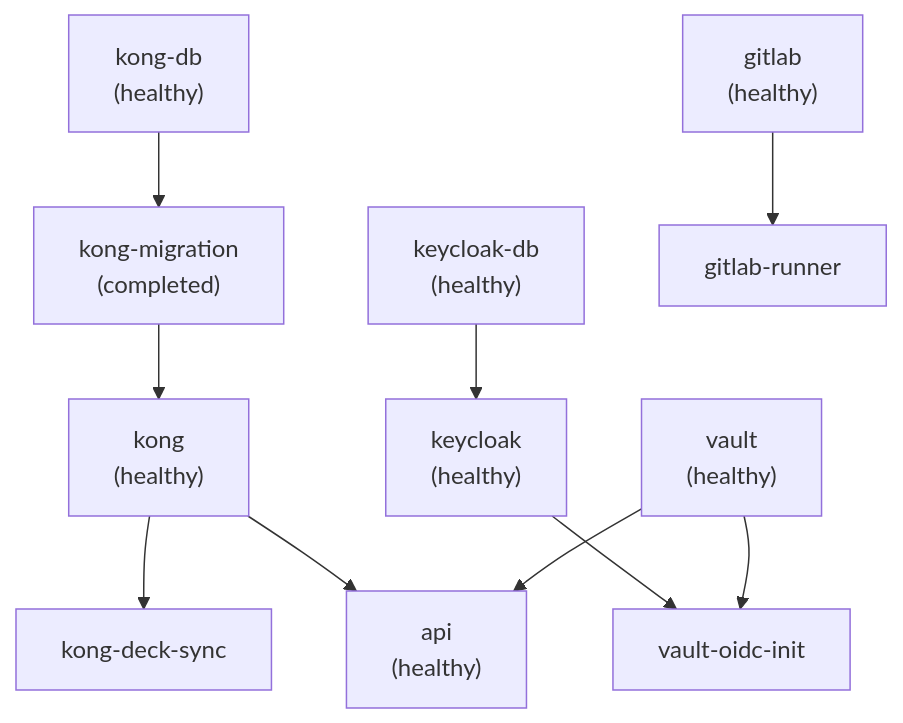
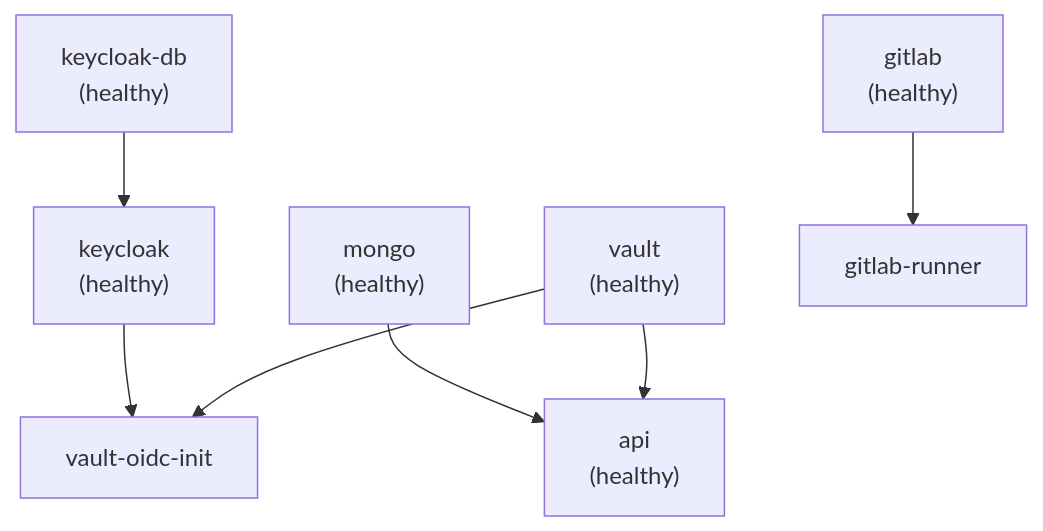
The fourth of 4 diagrams in __DOCS__/99_maintainers/01_architecture.md (astarx-studio/devsecops-platform), drawn with Mermaid before and after one commit. The commit also changed other lines of this file and 109 other files, not shown here.

````diff
--- a/__DOCS__/99_maintainers/01_architecture.md
+++ b/__DOCS__/99_maintainers/01_architecture.md
@@ -220,22 +215,18 @@
 ```mermaid
 graph TD
-    kongdb["kong-db\n(healthy)"]
-    kongmig["kong-migration\n(completed)"]
-    kong_svc["kong\n(healthy)"]
-    deckSync["kong-deck-sync"]
+    mongodb["mongo\n(healthy)"]
     keycloakdb["keycloak-db\n(healthy)"]
     keycloak_svc["keycloak\n(healthy)"]
     vault_svc["vault\n(healthy)"]
     vaultInit["vault-oidc-init"]
     gitlab_svc["gitlab\n(healthy)"]
     runner_svc["gitlab-runner"]
     api_svc["api\n(healthy)"]
 
-    kongdb --> kongmig --> kong_svc --> deckSync
-    kong_svc --> api_svc
+    mongodb --> api_svc
     vault_svc --> api_svc
     keycloakdb --> keycloak_svc
     keycloak_svc --> vaultInit
     vault_svc --> vaultInit
     gitlab_svc --> runner_svc
 ```
````
